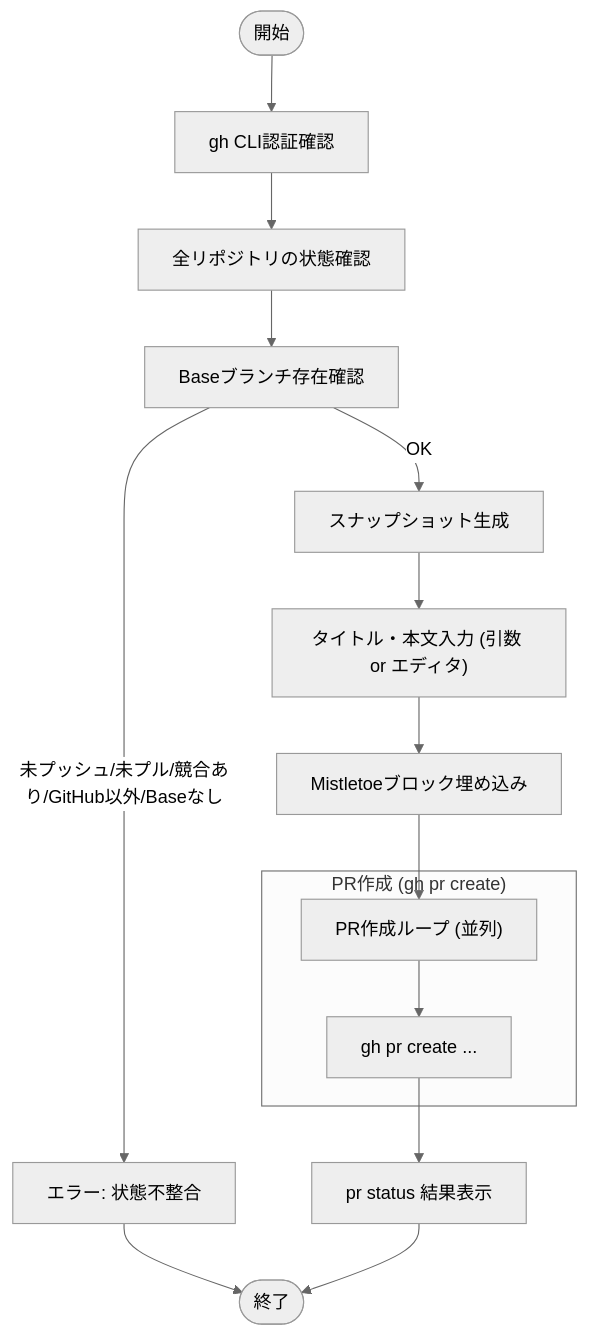
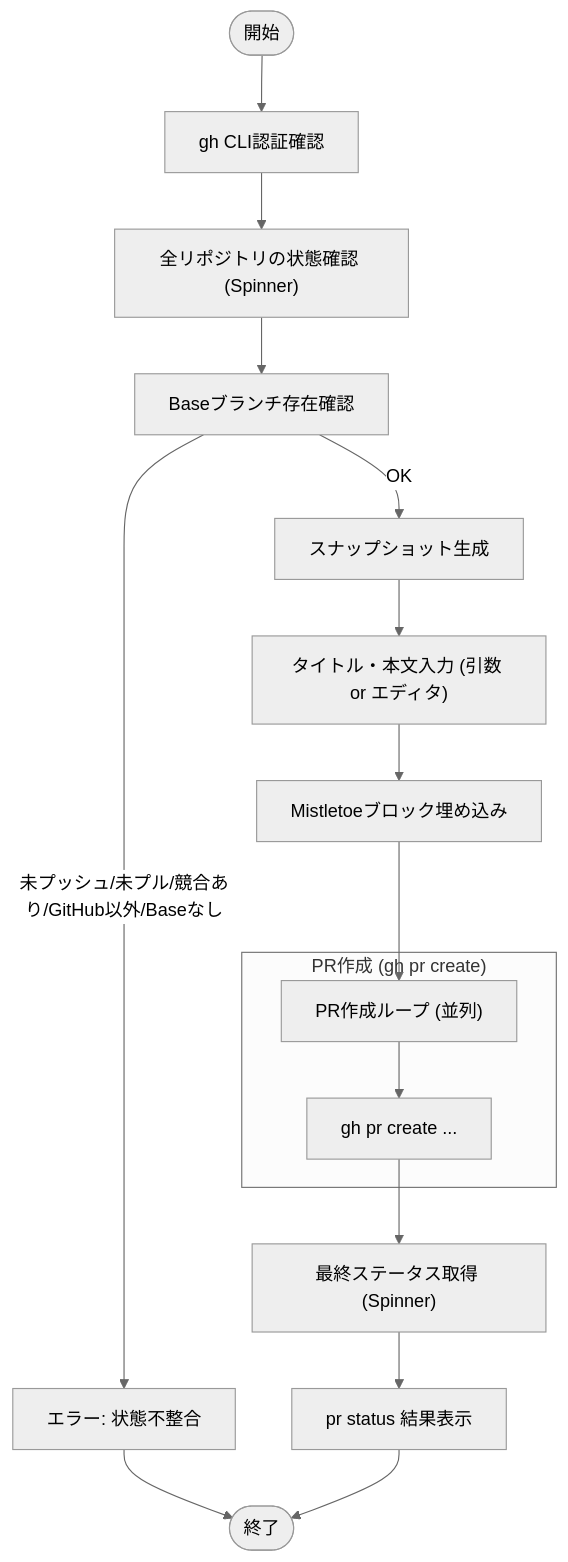
The diagram in docs/internal/app/pr_create.md (keiji/mistletoe), drawn with Mermaid (neutral theme) before and after one commit. The commit also changed 1 other file, not shown here.

Commit message:
feat: add progress spinner to pr create status collection
- Show progress spinner during initial status collection in `pr create`
- Show progress spinner during final status collection in `pr create`
- Update design document to reflect progress spinner usage

````diff
--- a/docs/internal/app/pr_create.md
+++ b/docs/internal/app/pr_create.md
@@ -26,22 +26,23 @@
 ```mermaid
 flowchart TD
     Start(["開始"]) --> ValidateAuth["gh CLI認証確認"]
-    ValidateAuth --> CheckClean["全リポジトリの状態確認"]
+    ValidateAuth --> CheckClean["全リポジトリの状態確認 (Spinner)"]
     CheckClean --> VerifyBase["Baseブランチ存在確認"]
 
     VerifyBase -- "未プッシュ/未プル/競合あり/GitHub以外/Baseなし" --> ErrorState["エラー: 状態不整合"]
     VerifyBase -- "OK" --> GenSnapshot["スナップショット生成"]
 
     GenSnapshot --> InputContent["タイトル・本文入力 (引数 or エディタ)"]
     InputContent --> EmbedBlock["Mistletoeブロック埋め込み"]
 
     EmbedBlock --> CreatePRs["PR作成ループ (並列)"]
 
     subgraph "PR作成 (gh pr create)"
         CreatePRs --> CallGH["gh pr create ..."]
     end
 
-    CallGH --> ShowStatus["pr status 結果表示"]
+    CallGH --> CollectFinal["最終ステータス取得 (Spinner)"]
+    CollectFinal --> ShowStatus["pr status 結果表示"]
     ErrorState --> Stop(["終了"])
     ShowStatus --> Stop
 ```
````
